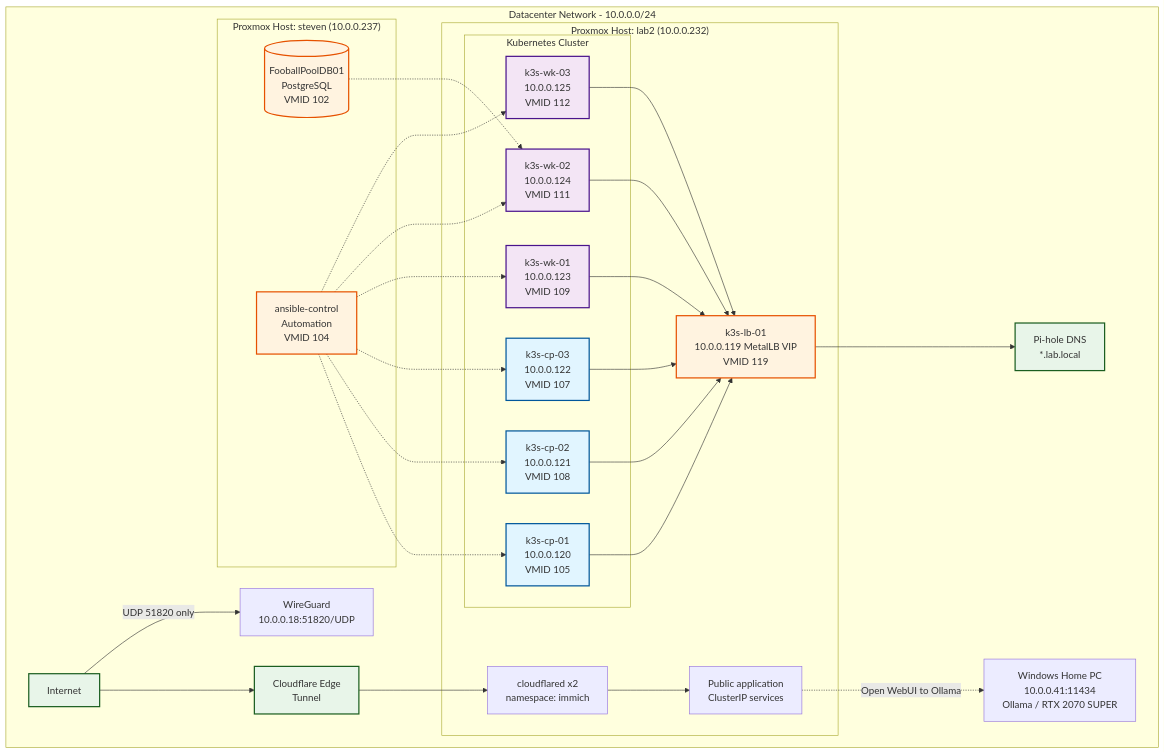
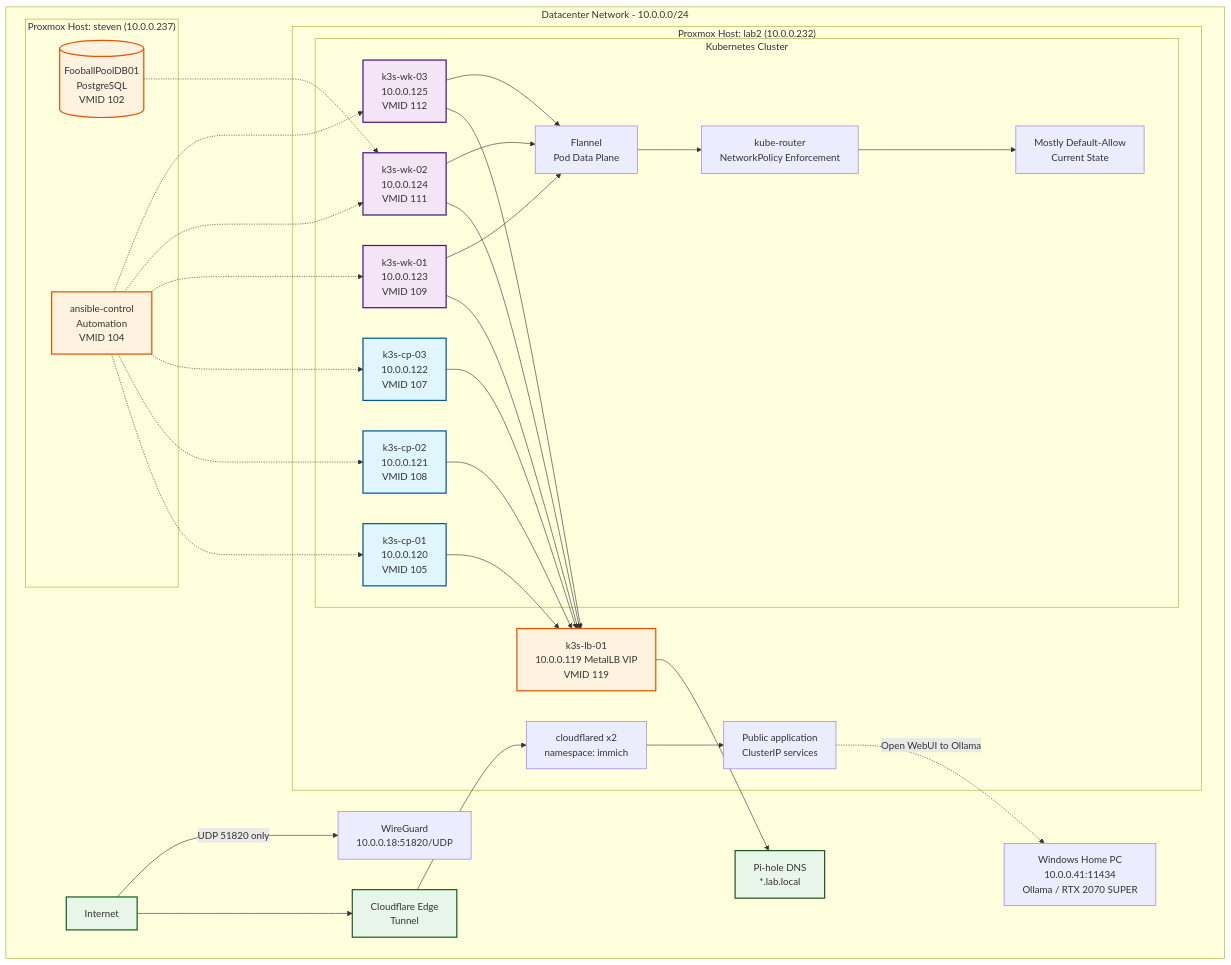
Before and after one commit to stevenbarnes2017/homelab-portfolio: the diagram in docs/diagrams/network-topology.md, drawn with Mermaid. The commit also changed other lines of this file and 4 other files, not shown here.

````diff
--- a/docs/diagrams/network-topology.md
+++ b/docs/diagrams/network-topology.md
@@ -3,57 +3,63 @@
 ```mermaid
 graph TB
     subgraph "Datacenter Network - 10.0.0.0/24"
         subgraph "Proxmox Host: lab2 (10.0.0.232)"
             subgraph "Kubernetes Cluster"
                 CP1[k3s-cp-01<br/>10.0.0.120<br/>VMID 105]
                 CP2[k3s-cp-02<br/>10.0.0.121<br/>VMID 108]
                 CP3[k3s-cp-03<br/>10.0.0.122<br/>VMID 107]
                 WK1[k3s-wk-01<br/>10.0.0.123<br/>VMID 109]
                 WK2[k3s-wk-02<br/>10.0.0.124<br/>VMID 111]
                 WK3[k3s-wk-03<br/>10.0.0.125<br/>VMID 112]
+                FLANNEL[Flannel<br/>Pod Data Plane]
+                KUBEROUTER[kube-router<br/>NetworkPolicy Enforcement]
+                DEFAULTALLOW[Mostly Default-Allow<br/>Current State]
             end
             LB[k3s-lb-01<br/>10.0.0.119 MetalLB VIP<br/>VMID 119]
             CLOUDFLARED[cloudflared x2<br/>namespace: immich]
             CLUSTERIP[Public application<br/>ClusterIP services]
         end
 
         subgraph "Proxmox Host: steven (10.0.0.237)"
             DB[(FooballPoolDB01<br/>PostgreSQL<br/>VMID 102)]
             ANSIBLE[ansible-control<br/>Automation<br/>VMID 104]
         end
 
         PIHOLE[Pi-hole DNS<br/>*.lab.local]
         WG[WireGuard<br/>10.0.0.18:51820/UDP]
         OLLAMA[Windows Home PC<br/>10.0.0.41:11434<br/>Ollama / RTX 2070 SUPER]
         CF[Cloudflare Edge<br/>Tunnel]
         INTERNET[Internet]
     end
 
     %% Connections
     CP1 & CP2 & CP3 --> LB
     WK1 & WK2 & WK3 --> LB
+    WK1 & WK2 & WK3 --> FLANNEL
+    FLANNEL --> KUBEROUTER
+    KUBEROUTER --> DEFAULTALLOW
     LB --> PIHOLE
     INTERNET --> CF
     CF --> CLOUDFLARED
     CLOUDFLARED --> CLUSTERIP
     INTERNET -->|UDP 51820 only| WG
     CLUSTERIP -. Open WebUI to Ollama .-> OLLAMA
     DB -.-> WK2
     ANSIBLE -.-> CP1
     ANSIBLE -.-> CP2
     ANSIBLE -.-> CP3
     ANSIBLE -.-> WK1
     ANSIBLE -.-> WK2
     ANSIBLE -.-> WK3
 
     %% Styling
     classDef controlPlane fill:#e1f5ff,stroke:#01579b,stroke-width:2px
     classDef worker fill:#f3e5f5,stroke:#4a148c,stroke-width:2px
     classDef infrastructure fill:#fff3e0,stroke:#e65100,stroke-width:2px
     classDef external fill:#e8f5e9,stroke:#1b5e20,stroke-width:2px
 
     class CP1,CP2,CP3 controlPlane
     class WK1,WK2,WK3 worker
     class LB,DB,ANSIBLE infrastructure
     class PIHOLE,INTERNET,CF external
 ```
````
